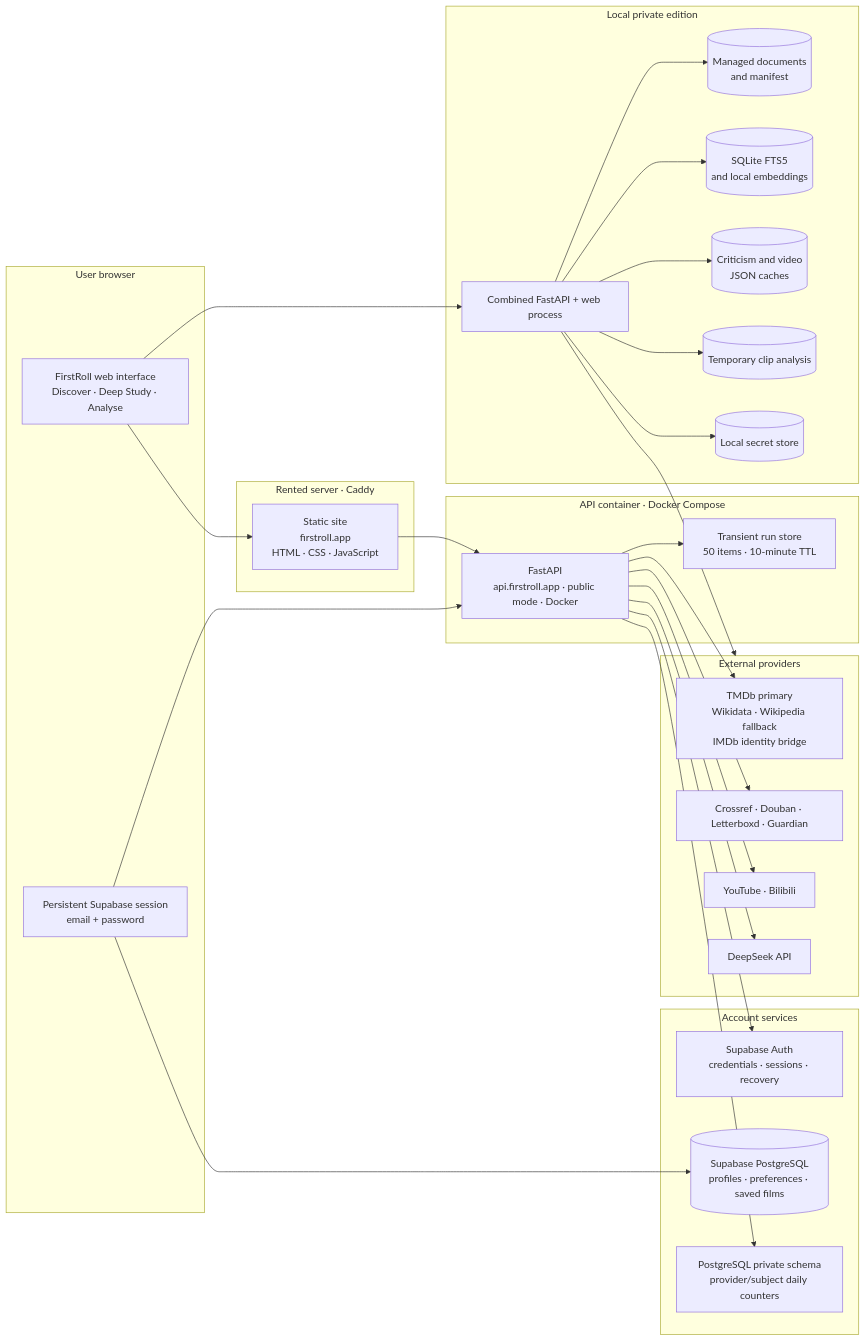
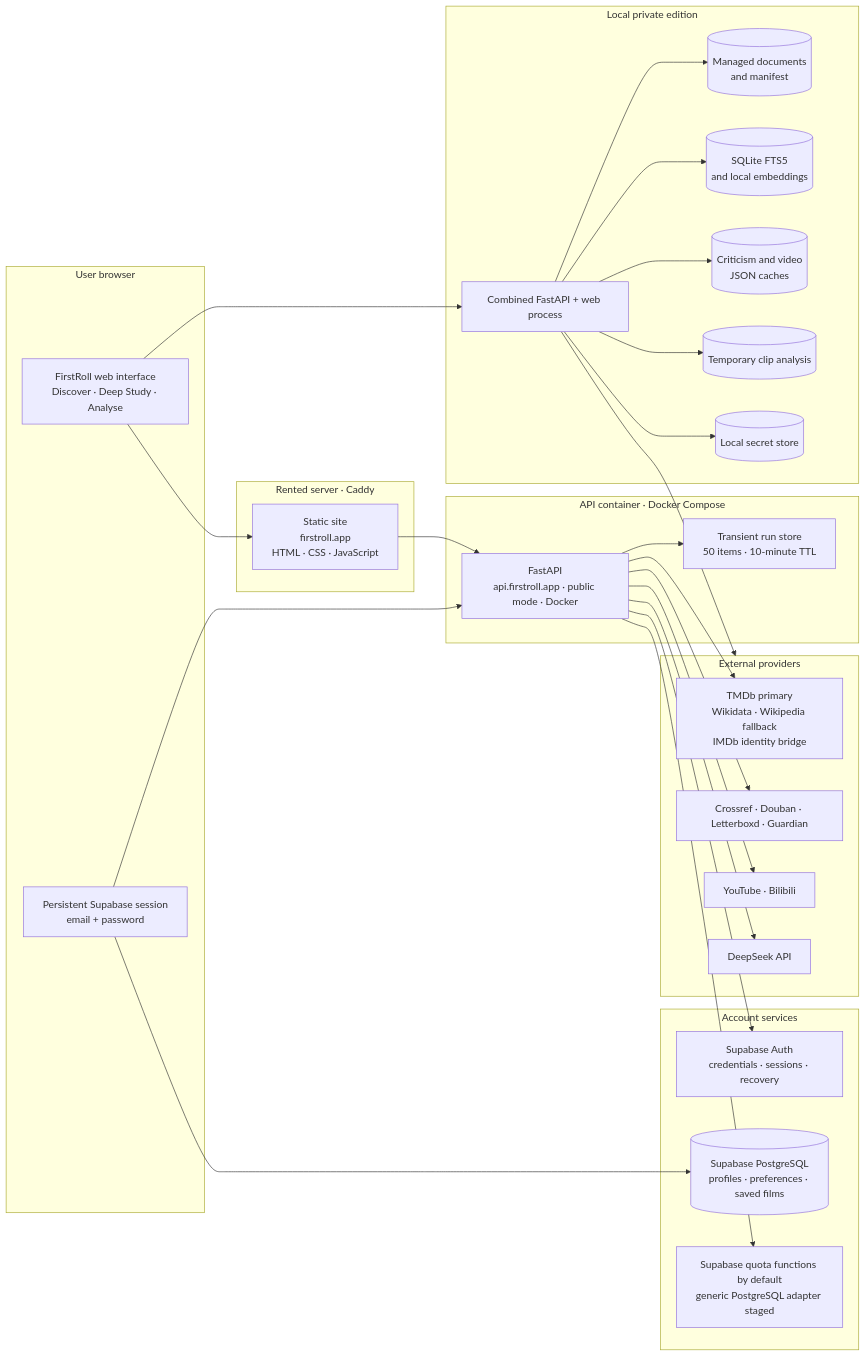
The first of 2 diagrams in docs/ARCHITECTURE.md (Luo-Z-Y/FirstRoll), drawn with Mermaid before and after one commit. The commit also changed other lines of this file and 4 other files, not shown here.

Commit message:
docs: explain current VPS architecture and storage boundaries

````diff
--- a/docs/ARCHITECTURE.md
+++ b/docs/ARCHITECTURE.md
@@ -13,58 +20,58 @@
 ```mermaid
 flowchart LR
     subgraph Browser["User browser"]
         UI["FirstRoll web interface<br/>Discover · Deep Study · Analyse"]
         Session["Persistent Supabase session<br/>email + password"]
     end
 
     subgraph Server["Rented server · Caddy"]
         Static["Static site<br/>firstroll.app<br/>HTML · CSS · JavaScript"]
     end
 
     subgraph ContainerApps["API container · Docker Compose"]
         API["FastAPI<br/>api.firstroll.app · public mode · Docker"]
         Runs["Transient run store<br/>50 items · 10-minute TTL"]
     end
 
     subgraph AccountData["Account services"]
         Auth["Supabase Auth<br/>credentials · sessions · recovery"]
         UserData[("Supabase PostgreSQL<br/>profiles · preferences · saved films")]
-        Quota["PostgreSQL private schema<br/>provider/subject daily counters"]
+        Quota["Supabase quota functions by default<br/>generic PostgreSQL adapter staged"]
     end
 
     subgraph Local["Local private edition"]
         LocalAPI["Combined FastAPI + web process"]
         Library[("Managed documents<br/>and manifest")]
         Index[("SQLite FTS5<br/>and local embeddings")]
         Caches[("Criticism and video<br/>JSON caches")]
         Clips[("Temporary clip analysis")]
         Secrets[("Local secret store")]
     end
 
     subgraph Providers["External providers"]
         FilmData["TMDb primary<br/>Wikidata · Wikipedia fallback<br/>IMDb identity bridge"]
         Criticism["Crossref · Douban · Letterboxd · Guardian"]
         Video["YouTube · Bilibili"]
         DeepSeek["DeepSeek API"]
     end
 
     UI --> Static
     Static --> API
     Session --> API
     API --> Auth
     Session --> UserData
     API --> Quota
     API --> Runs
     API --> FilmData
     API --> Criticism
     API --> Video
     API --> DeepSeek
 
     UI --> LocalAPI
     LocalAPI --> Library
     LocalAPI --> Index
     LocalAPI --> Caches
     LocalAPI --> Clips
     LocalAPI --> Secrets
     LocalAPI --> Providers
 ```
````
